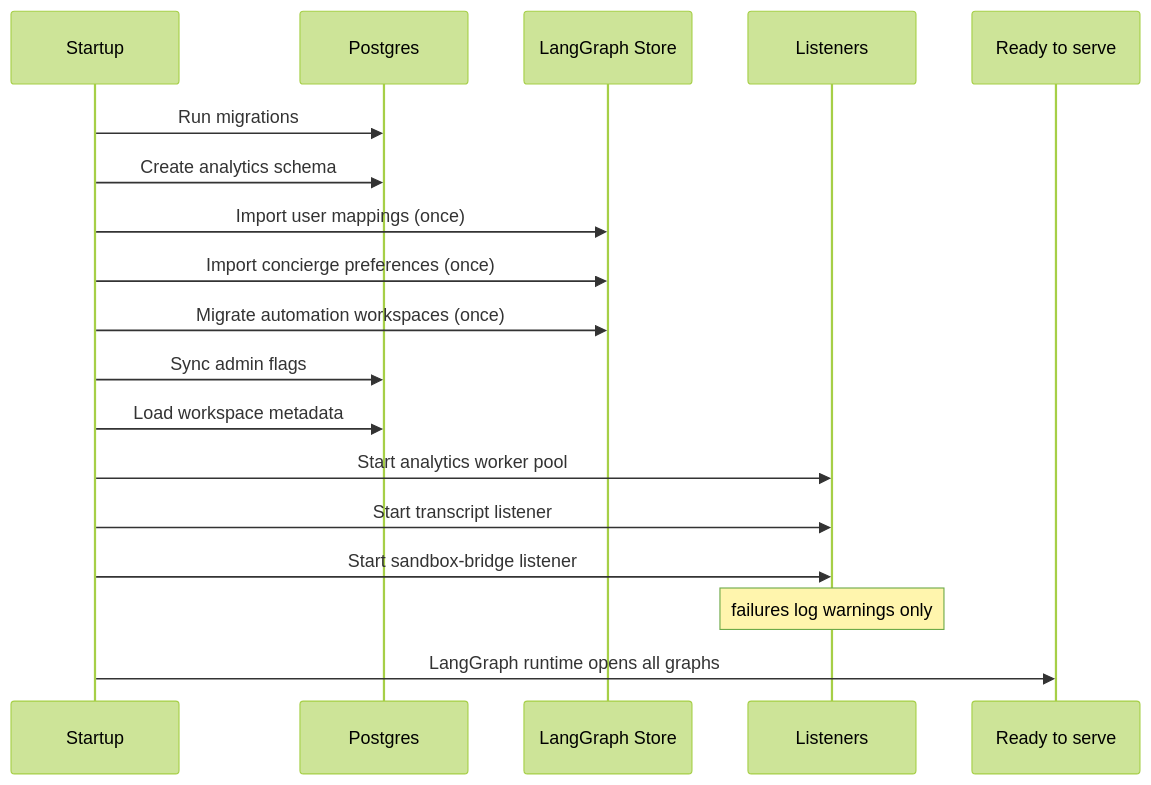
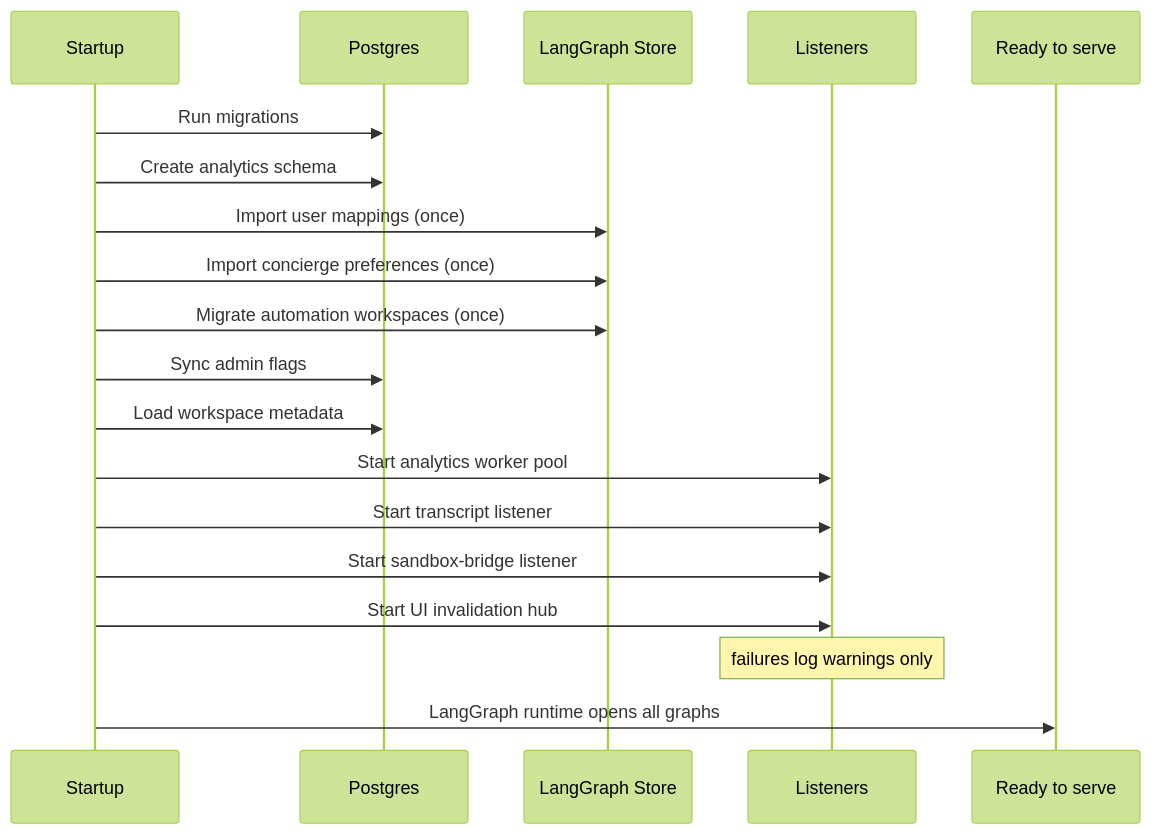
The first of 3 diagrams in openwiki/operations/deployment.md (aeteq/open-swe), drawn with Mermaid (forest theme) before and after one commit. The commit also changed other lines of this file and 38 other files, not shown here.

````diff
--- a/openwiki/operations/deployment.md
+++ b/openwiki/operations/deployment.md
@@ -72,21 +72,22 @@
 ```mermaid
 sequenceDiagram
   participant Boot as Startup
   participant DB as Postgres
   participant Store as LangGraph Store
   participant Listeners
   participant Ready as Ready to serve
 
   Boot->>DB: Run migrations
   Boot->>DB: Create analytics schema
   Boot->>Store: Import user mappings (once)
   Boot->>Store: Import concierge preferences (once)
   Boot->>Store: Migrate automation workspaces (once)
   Boot->>DB: Sync admin flags
   Boot->>DB: Load workspace metadata
   Boot->>Listeners: Start analytics worker pool
   Boot->>Listeners: Start transcript listener
   Boot->>Listeners: Start sandbox-bridge listener
+  Boot->>Listeners: Start UI invalidation hub
   Note over Listeners: failures log warnings only
   Boot->>Ready: LangGraph runtime opens all graphs
 ```
````
